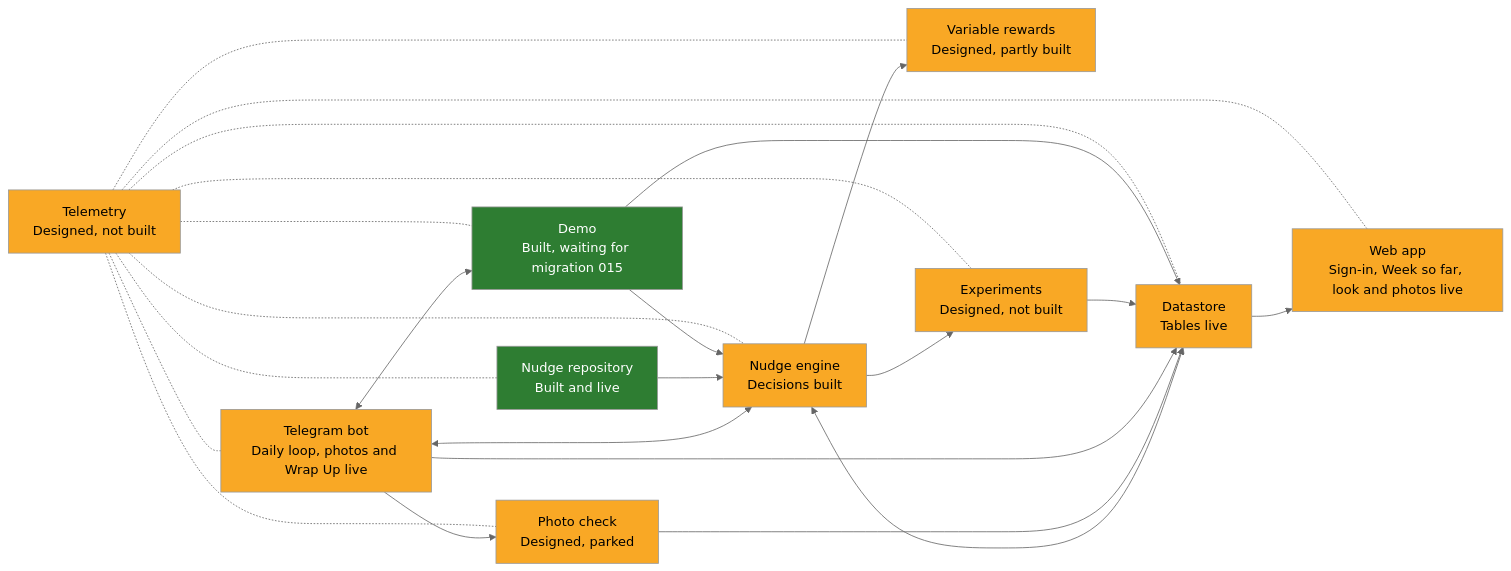
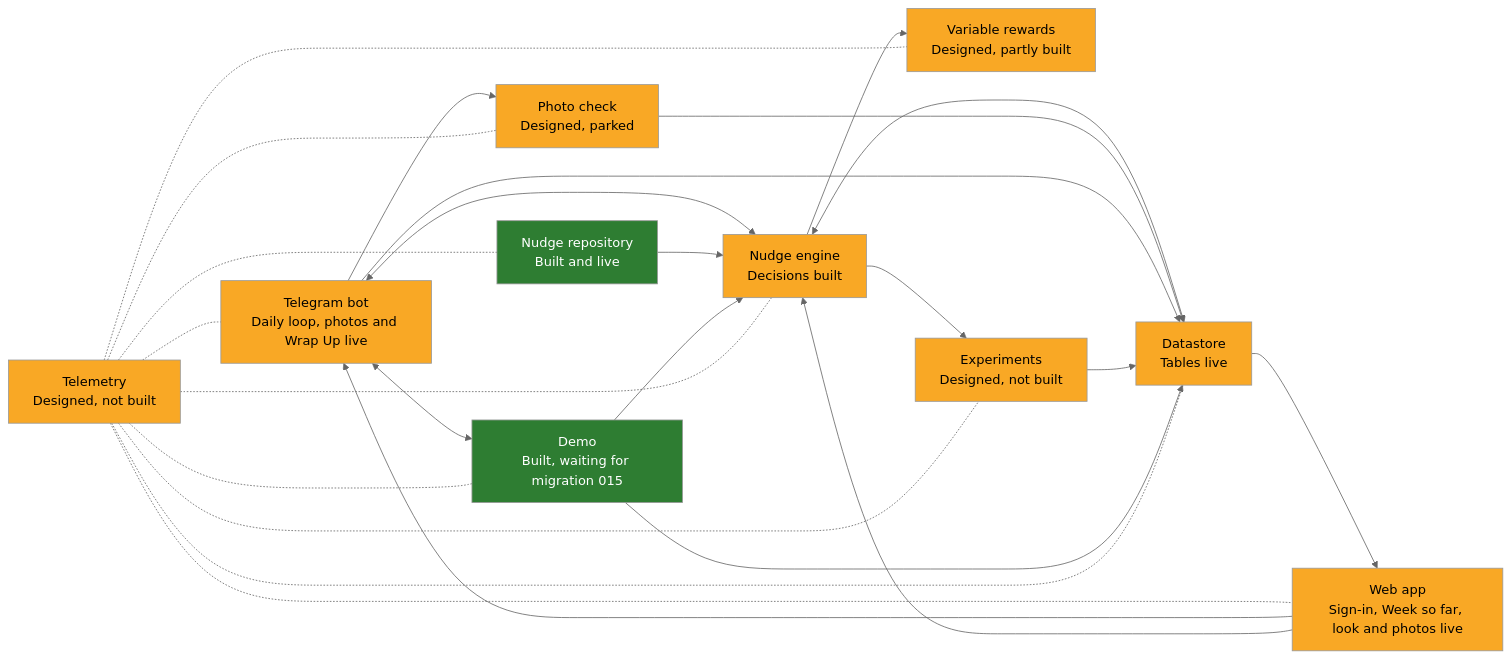
Before and after one commit to WeiLieh/FamilyHabitBuilder: the diagram in docs/ARCHITECTURE.md, drawn with Mermaid (neutral theme). The commit also changed other lines of this file and 28 other files, not shown here.

````diff
--- a/docs/ARCHITECTURE.md
+++ b/docs/ARCHITECTURE.md
@@ -5,40 +5,42 @@
 ```mermaid
 flowchart LR
     telegram["Telegram bot<br/>Daily loop, photos and Wrap Up live"]:::part
     engine["Nudge engine<br/>Decisions built"]:::part
     repository["Nudge repository<br/>Built and live"]:::done
     photo["Photo check<br/>Designed, parked"]:::part
     rewards["Variable rewards<br/>Designed, partly built"]:::part
     datastore["Datastore<br/>Tables live"]:::part
     webapp["Web app<br/>Sign-in, Week so far, look and photos live"]:::part
     telemetry["Telemetry<br/>Designed, not built"]:::part
     experiments["Experiments<br/>Designed, not built"]:::part
     demo["Demo<br/>Built, waiting for migration 015"]:::done
 
     telegram <--> engine
     repository --> engine
     engine --> rewards
     engine <--> datastore
     telegram --> photo
     photo --> datastore
     telegram --> datastore
     datastore --> webapp
     engine --> experiments
     experiments --> datastore
     telegram <--> demo
     demo --> engine
     demo --> datastore
+    webapp --> telegram
+    webapp --> engine
     telemetry -.- telegram
     telemetry -.- engine
     telemetry -.- repository
     telemetry -.- photo
     telemetry -.- rewards
     telemetry -.- datastore
     telemetry -.- webapp
     telemetry -.- experiments
     telemetry -.- demo
 
     classDef done fill:#2e7d32,color:#ffffff
     classDef part fill:#f9a825,color:#000000
     classDef todo fill:#9e9e9e,color:#000000
 ```
````
